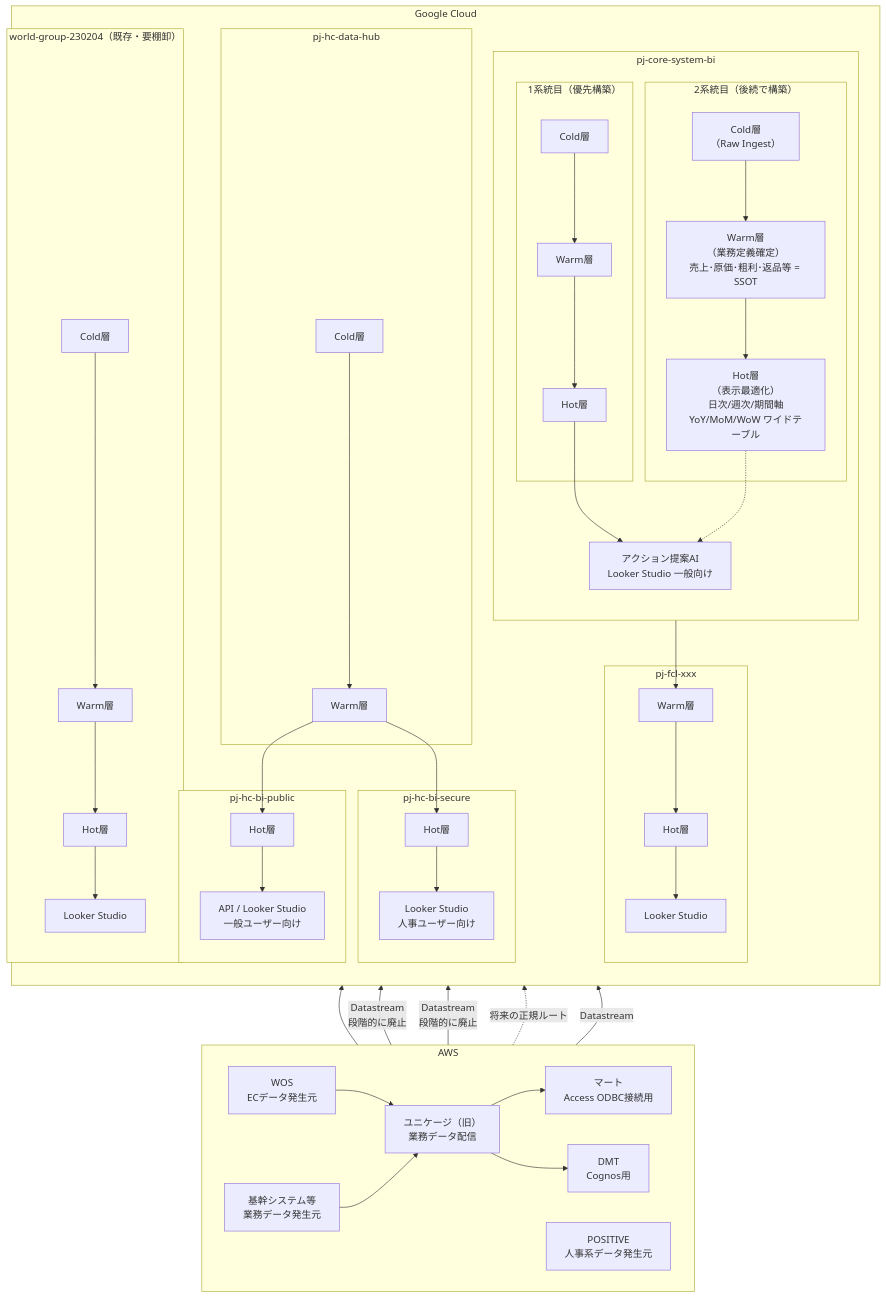
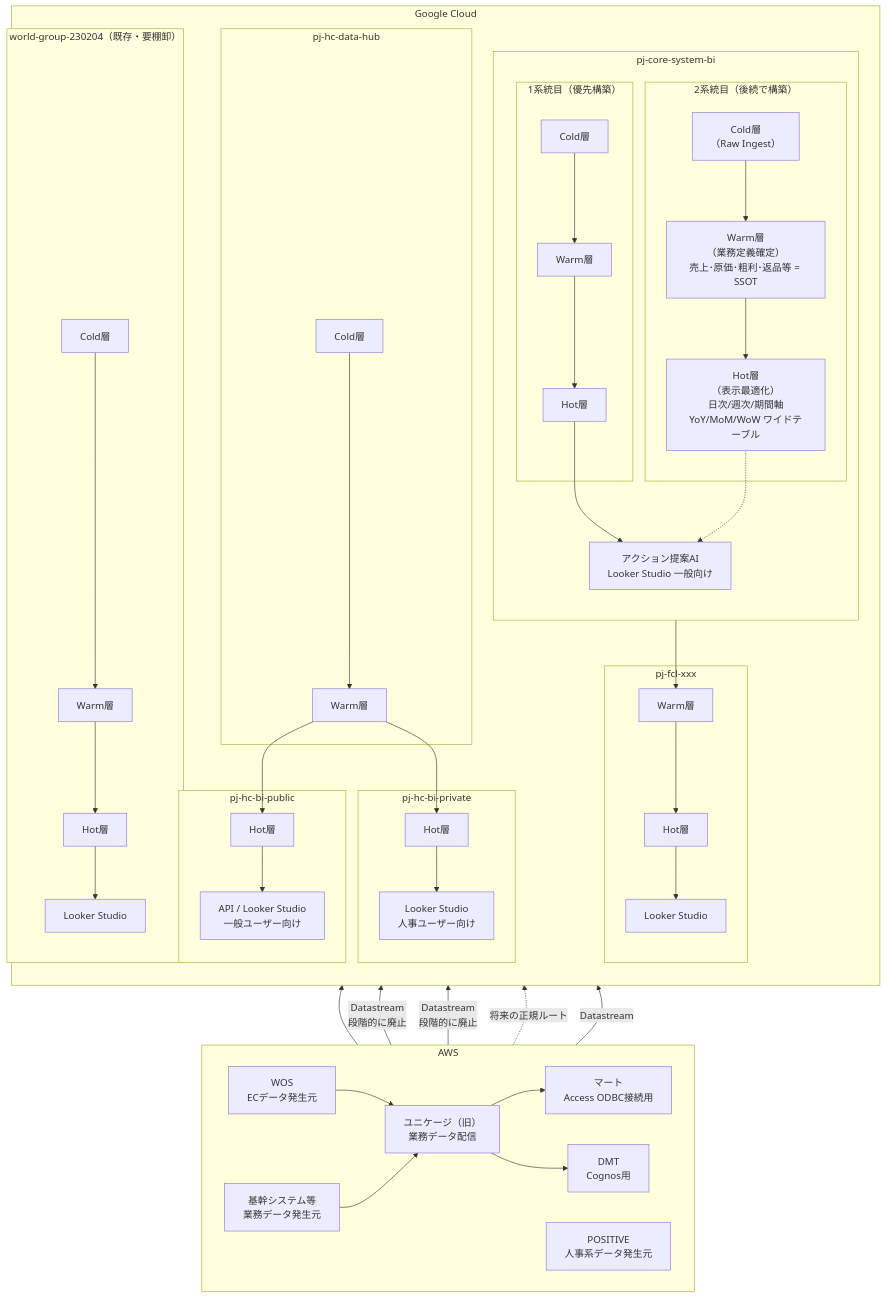
The diagram in README.md (jhasegawa-01100687/bi-diagram), drawn with Mermaid before and after one commit.

```diff
--- a/README.md
+++ b/README.md
@@ -32,7 +32,7 @@
             PUB_Hot --> PUB_Out
         end
 
-        subgraph pj-hc-bi-secure["pj-hc-bi-secure"]
+        subgraph pj-hc-bi-private["pj-hc-bi-private"]
             SEC_Hot["Hot層"]
             SEC_Out["Looker Studio<br/>人事ユーザー向け"]
             SEC_Hot --> SEC_Out
```
